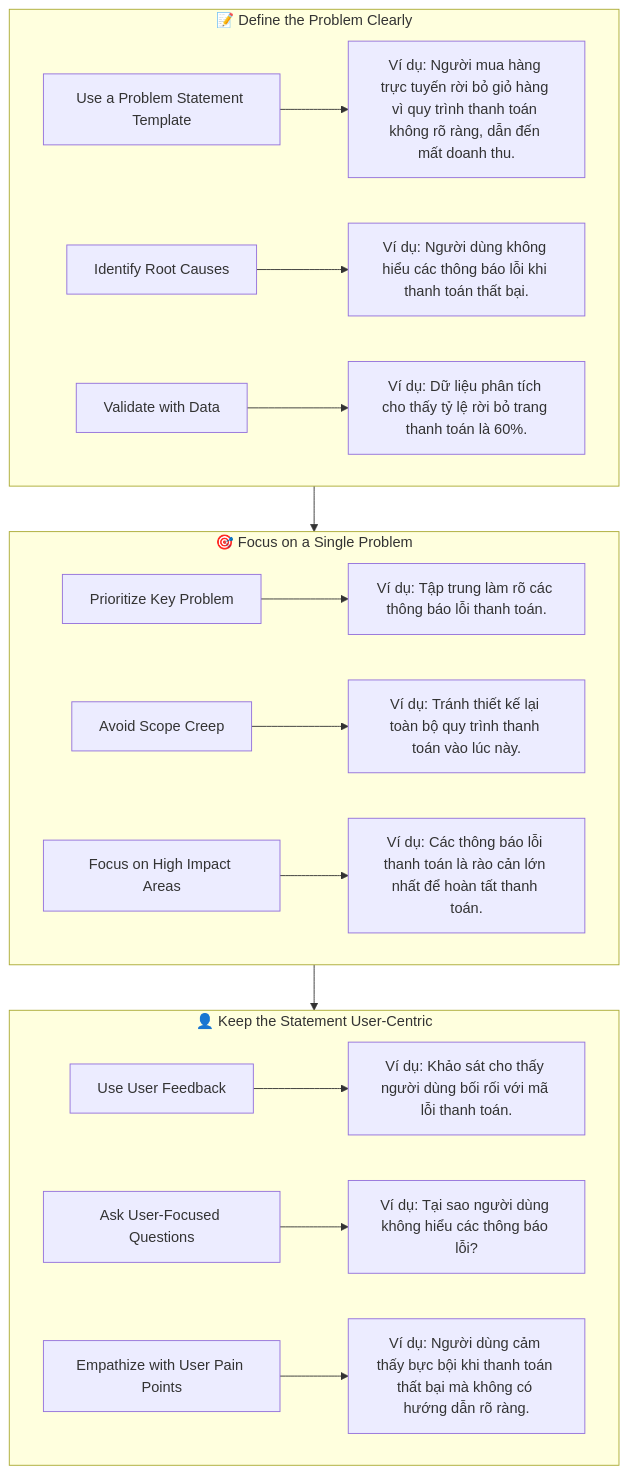
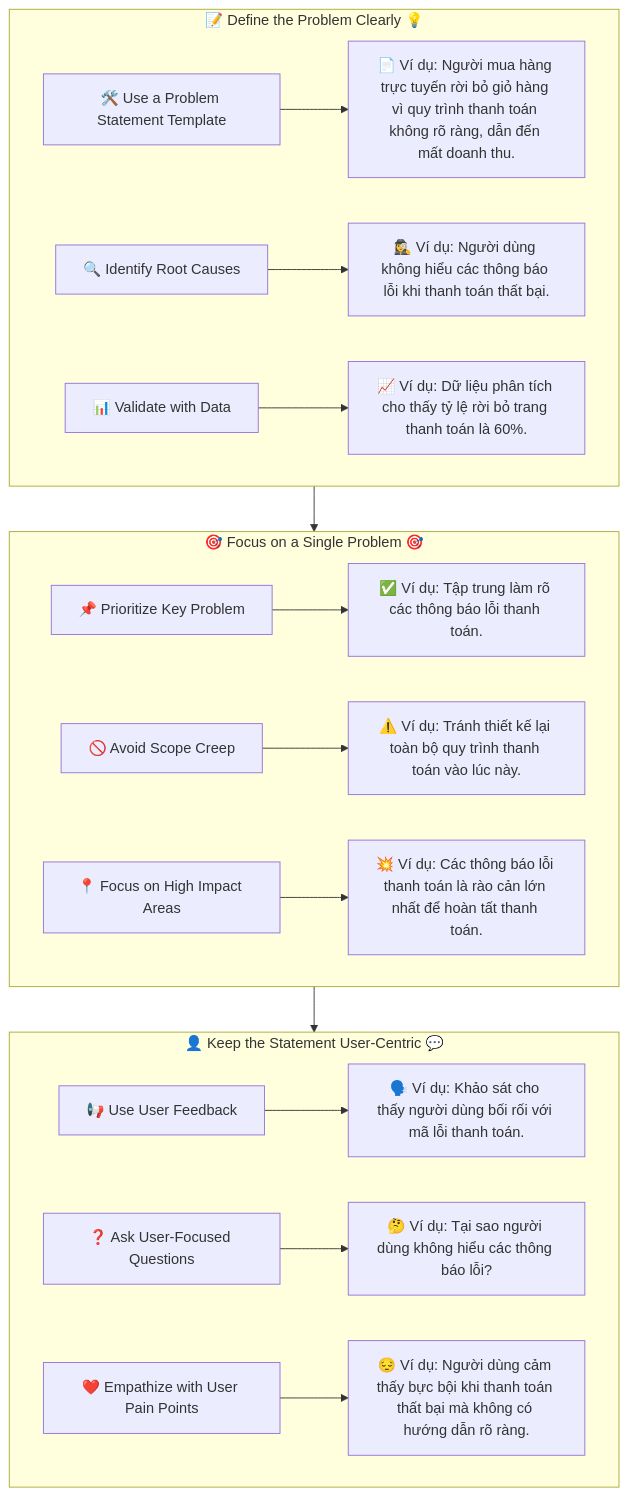
One commit to qtvhao/quickcurl changed the diagram in docs/designsprintkit/phases/01-Understand/02-Understand-the-Problem/02-Problem-Framing.mmd. Above: the diagram before and after it, drawn with Mermaid. The commit also changed 1 other file, not shown here.

Commit message:
Enhance problem framing flowchart with improved clarity and user-centric elements

```diff
--- a/docs/designsprintkit/phases/01-Understand/02-Understand-the-Problem/02-Problem-Framing.mmd
+++ b/docs/designsprintkit/phases/01-Understand/02-Understand-the-Problem/02-Problem-Framing.mmd
@@ -1,24 +1,24 @@
 flowchart TD
     %% Define the Problem Clearly
-    subgraph A1[📝 Define the Problem Clearly]
-        B1[Use a Problem Statement Template] --> E1["Ví dụ: Người mua hàng trực tuyến rời bỏ giỏ hàng vì quy trình thanh toán không rõ ràng, dẫn đến mất doanh thu."]
-        B2[Identify Root Causes] --> E2["Ví dụ: Người dùng không hiểu các thông báo lỗi khi thanh toán thất bại."]
-        B3[Validate with Data] --> E3["Ví dụ: Dữ liệu phân tích cho thấy tỷ lệ rời bỏ trang thanh toán là 60%."]
+    subgraph A1[📝 Define the Problem Clearly 💡]
+        B1[🛠️ Use a Problem Statement Template] --> E1["📄 Ví dụ: Người mua hàng trực tuyến rời bỏ giỏ hàng vì quy trình thanh toán không rõ ràng, dẫn đến mất doanh thu."]
+        B2[🔍 Identify Root Causes] --> E2["🕵️‍♀️ Ví dụ: Người dùng không hiểu các thông báo lỗi khi thanh toán thất bại."]
+        B3[📊 Validate with Data] --> E3["📈 Ví dụ: Dữ liệu phân tích cho thấy tỷ lệ rời bỏ trang thanh toán là 60%."]
     end
 
     %% Focus on a Single Problem
-    subgraph A2[🎯 Focus on a Single Problem]
-        C1[Prioritize Key Problem] --> F1["Ví dụ: Tập trung làm rõ các thông báo lỗi thanh toán."]
-        C2[Avoid Scope Creep] --> F2["Ví dụ: Tránh thiết kế lại toàn bộ quy trình thanh toán vào lúc này."]
-        C3[Focus on High Impact Areas] --> F3["Ví dụ: Các thông báo lỗi thanh toán là rào cản lớn nhất để hoàn tất thanh toán."]
+    subgraph A2[🎯 Focus on a Single Problem 🎯]
+        C1[📌 Prioritize Key Problem] --> F1["✅ Ví dụ: Tập trung làm rõ các thông báo lỗi thanh toán."]
+        C2[🚫 Avoid Scope Creep] --> F2["⚠️ Ví dụ: Tránh thiết kế lại toàn bộ quy trình thanh toán vào lúc này."]
+        C3[📍 Focus on High Impact Areas] --> F3["💥 Ví dụ: Các thông báo lỗi thanh toán là rào cản lớn nhất để hoàn tất thanh toán."]
     end
 
     %% Keep the Statement User-Centric
-    subgraph A3[👤 Keep the Statement User-Centric]
-        D1[Use User Feedback] --> G1["Ví dụ: Khảo sát cho thấy người dùng bối rối với mã lỗi thanh toán."]
-        D2[Ask User-Focused Questions] --> G2["Ví dụ: Tại sao người dùng không hiểu các thông báo lỗi?"]
-        D3[Empathize with User Pain Points] --> G3["Ví dụ: Người dùng cảm thấy bực bội khi thanh toán thất bại mà không có hướng dẫn rõ ràng."]
+    subgraph A3[👤 Keep the Statement User-Centric 💬]
+        D1[📢 Use User Feedback] --> G1["🗣️ Ví dụ: Khảo sát cho thấy người dùng bối rối với mã lỗi thanh toán."]
+        D2[❓ Ask User-Focused Questions] --> G2["🤔 Ví dụ: Tại sao người dùng không hiểu các thông báo lỗi?"]
+        D3[❤️ Empathize with User Pain Points] --> G3["😔 Ví dụ: Người dùng cảm thấy bực bội khi thanh toán thất bại mà không có hướng dẫn rõ ràng."]
     end
 
     %% Connect Subgraphs in Order
     A1 --> A2 --> A3
```
